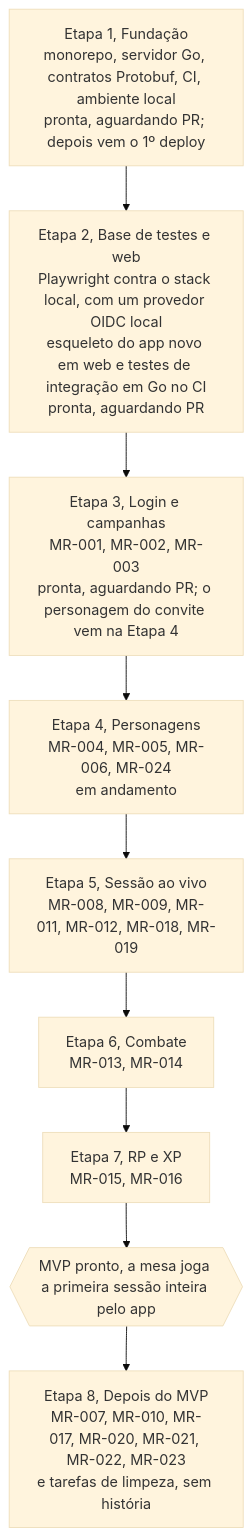
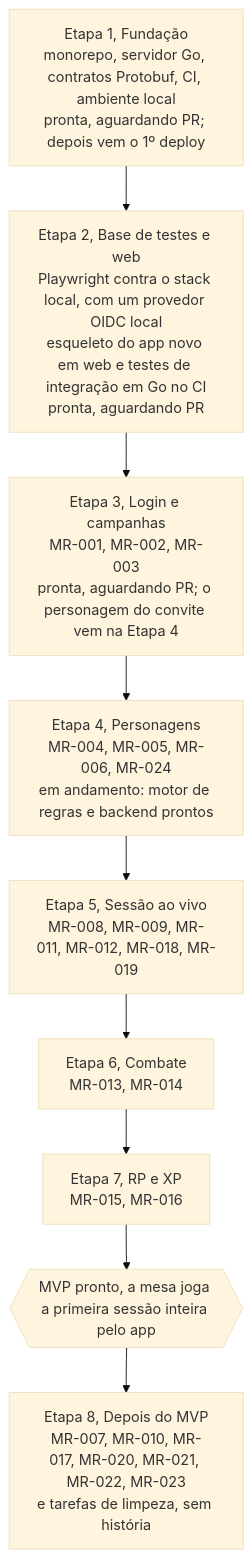
One commit to PuraFome/meuRPG changed the diagram in docs/roadmap.md. Above: the diagram before and after it, drawn with Mermaid (base theme). The commit also changed other lines of this file and 43 other files, not shown here.

````diff
--- a/docs/roadmap.md
+++ b/docs/roadmap.md
@@ -5,14 +5,14 @@
 ```mermaid
 flowchart TD
     E1["Etapa 1, Fundação<br/>monorepo, servidor Go, contratos Protobuf, CI, ambiente local<br/>pronta, aguardando PR; depois vem o 1º deploy"]
     E2["Etapa 2, Base de testes e web<br/>Playwright contra o stack local, com um provedor OIDC local<br/>esqueleto do app novo em web e testes de integração em Go no CI<br/>pronta, aguardando PR"]
     E3["Etapa 3, Login e campanhas<br/>MR-001, MR-002, MR-003<br/>pronta, aguardando PR; o personagem do convite vem na Etapa 4"]
-    E4["Etapa 4, Personagens<br/>MR-004, MR-005, MR-006, MR-024<br/>em andamento"]
+    E4["Etapa 4, Personagens<br/>MR-004, MR-005, MR-006, MR-024<br/>em andamento: motor de regras e backend prontos"]
     E5["Etapa 5, Sessão ao vivo<br/>MR-008, MR-009, MR-011, MR-012, MR-018, MR-019"]
     E6["Etapa 6, Combate<br/>MR-013, MR-014"]
     E7["Etapa 7, RP e XP<br/>MR-015, MR-016"]
     MVP{{"MVP pronto, a mesa joga a primeira sessão inteira pelo app"}}
     E8["Etapa 8, Depois do MVP<br/>MR-007, MR-010, MR-017, MR-020, MR-021, MR-022, MR-023<br/>e tarefas de limpeza, sem história"]
 
     E1 --> E2 --> E3 --> E4 --> E5 --> E6 --> E7 --> MVP --> E8
 ```
````
